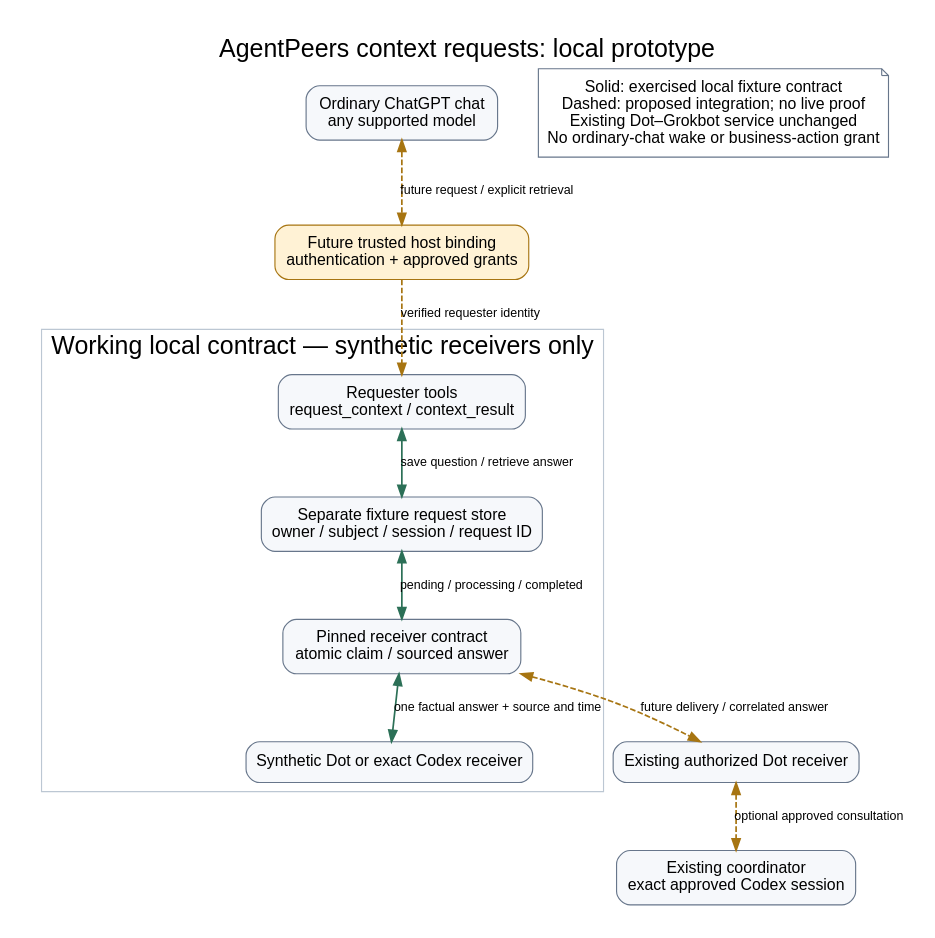
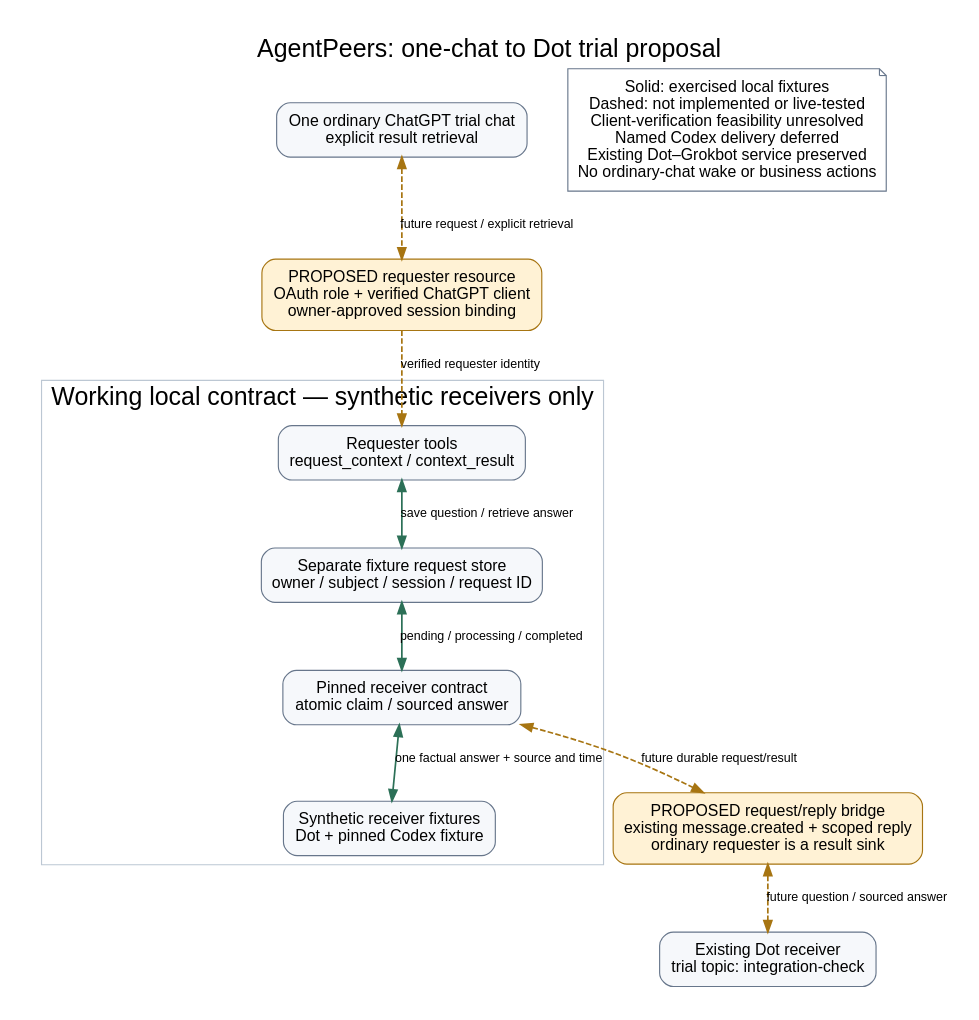
Before and after one commit to cshenx/agentpeers: the diagram in docs/assets/context-requests.dot, drawn with Graphviz. The commit also changed 2 other files, not shown here.

Commit message:
Define bounded one-chat to Dot integration trial

```diff
--- a/docs/assets/context-requests.dot
+++ b/docs/assets/context-requests.dot
@@ -1,28 +1,28 @@
 // Extends the existing public architecture proposal; no private topology.
 digraph G {
   graph [rankdir=TB,bgcolor="white",pad="0.3",nodesep="0.5",ranksep="0.65",
-    label="AgentPeers context requests: local prototype",labelloc=t,fontsize=22,fontname="Arial"];
+    label="AgentPeers: one-chat to Dot trial proposal",labelloc=t,fontsize=22,fontname="Arial"];
   node [shape=box,style="rounded,filled",fillcolor="#f6f8fb",color="#67768b",
     fontname="Arial",fontsize=14,margin="0.18,0.12"];
   edge [fontname="Arial",fontsize=11,color="#2c7057",penwidth=1.5];
-  chat [label="Ordinary ChatGPT chat\nany supported model"];
-  binding [label="Future trusted host binding\nauthentication + approved grants",fillcolor="#fff2d5",color="#a77512"];
+  chat [label="One ordinary ChatGPT trial chat\nexplicit result retrieval"];
+  binding [label="PROPOSED requester resource\nOAuth role + verified ChatGPT client\nowner-approved session binding",fillcolor="#fff2d5",color="#a77512"];
   subgraph cluster_local {
     label="Working local contract — synthetic receivers only";fontname="Arial";color="#bcc7d3";
     requester [label="Requester tools\nrequest_context / context_result"];
     store [label="Separate fixture request store\nowner / subject / session / request ID"];
     receiver [label="Pinned receiver contract\natomic claim / sourced answer"];
-    fixture [label="Synthetic Dot or exact Codex receiver"];
+    fixture [label="Synthetic receiver fixtures\nDot + pinned Codex fixture"];
     requester -> store [label="save question / retrieve answer",dir=both];
     store -> receiver [label="pending / processing / completed",dir=both];
     receiver -> fixture [label="one factual answer + source and time",dir=both];
   }
-  dot [label="Existing authorized Dot receiver"];
-  codex [label="Existing coordinator\nexact approved Codex session"];
+  dot [label="Existing Dot receiver\ntrial topic: integration-check"];
+  bridge [label="PROPOSED request/reply bridge\nexisting message.created + scoped reply\nordinary requester is a result sink",fillcolor="#fff2d5",color="#a77512"];
   chat -> binding [label="future request / explicit retrieval",dir=both,style=dashed,color="#a77512"];
   binding -> requester [label="verified requester identity",style=dashed,color="#a77512"];
-  receiver -> dot [label="future delivery / correlated answer",dir=both,style=dashed,color="#a77512"];
-  dot -> codex [label="optional approved consultation",dir=both,style=dashed,color="#a77512"];
-  legend [shape=note,fillcolor="white",label="Solid: exercised local fixture contract\nDashed: proposed integration; no live proof\nExisting Dot–Grokbot service unchanged\nNo ordinary-chat wake or business-action grant"];
+  receiver -> bridge [label="future durable request/result",dir=both,style=dashed,color="#a77512"];
+  bridge -> dot [label="future question / sourced answer",dir=both,style=dashed,color="#a77512"];
+  legend [shape=note,fillcolor="white",label="Solid: exercised local fixtures\nDashed: not implemented or live-tested\nClient-verification feasibility unresolved\nNamed Codex delivery deferred\nExisting Dot–Grokbot service preserved\nNo ordinary-chat wake or business actions"];
   {rank=same;chat;legend;}
 }
```
